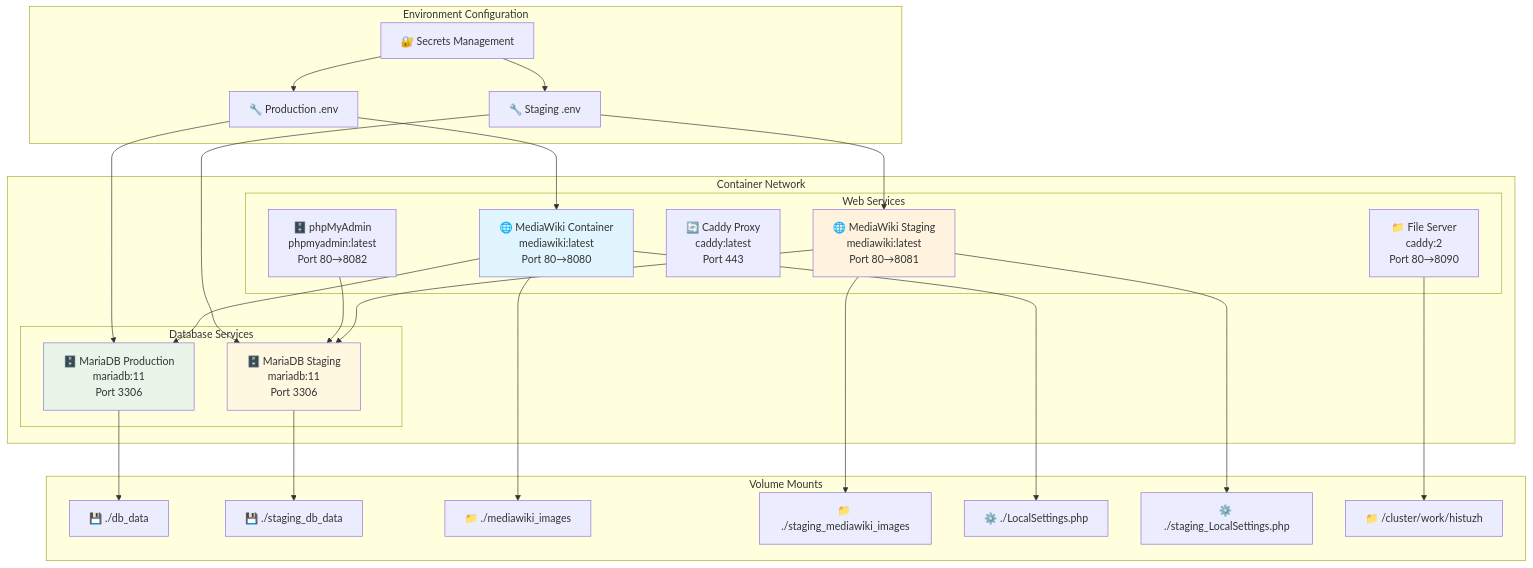
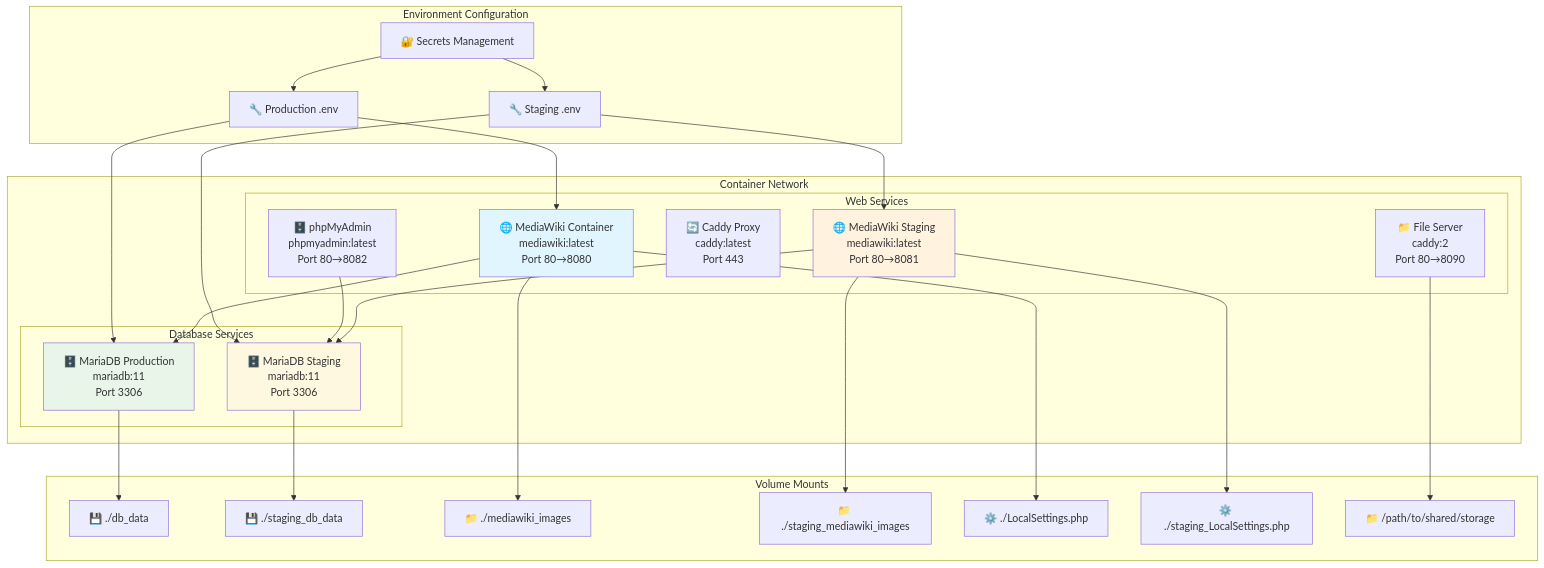
One commit to maehr/Sexueller-Missbrauch-im-Umfeld-der-katholischen-Kirche-in-der-Schweiz changed the eighth of 11 diagrams in src/DEPLOYMENT.qmd. Above: the diagram before and after it, drawn with Mermaid. The commit also changed other lines of this file and 10 other files, not shown here.

Commit message:
docs: Add a detailed development timeline and refactor the evolution document to reference dedicated configuration and deployment files.

````diff
--- a/src/DEPLOYMENT.qmd
+++ b/src/DEPLOYMENT.qmd
@@ -484,58 +484,58 @@
 ```{mermaid}
 graph TB
     subgraph "Container Network"
         subgraph "Web Services"
             MW[🌐 MediaWiki Container<br/>mediawiki:latest<br/>Port 80→8080]
             MWS[🌐 MediaWiki Staging<br/>mediawiki:latest<br/>Port 80→8081]
             Caddy[🔄 Caddy Proxy<br/>caddy:latest<br/>Port 443]
             PMA[🗄️ phpMyAdmin<br/>phpmyadmin:latest<br/>Port 80→8082]
             FS[📁 File Server<br/>caddy:2<br/>Port 80→8090]
         end
 
         subgraph "Database Services"
             DB[🗄️ MariaDB Production<br/>mariadb:11<br/>Port 3306]
             DBS[🗄️ MariaDB Staging<br/>mariadb:11<br/>Port 3306]
         end
     end
 
     subgraph "Volume Mounts"
         DBData[💾 ./db_data]
         DBDataStaging[💾 ./staging_db_data]
         Images[📁 ./mediawiki_images]
         ImagesStaging[📁 ./staging_mediawiki_images]
         LocalSettings[⚙️ ./LocalSettings.php]
         StagingSettings[⚙️ ./staging_LocalSettings.php]
-        ClusterWork[📁 /cluster/work/histuzh]
+        ClusterWork[📁 /path/to/shared/storage]
     end
 
     subgraph "Environment Configuration"
         EnvProd[🔧 Production .env]
         EnvStaging[🔧 Staging .env]
         Secrets[🔐 Secrets Management]
     end
 
     MW --> DB
     MWS --> DBS
     PMA --> DBS
 
     DB --> DBData
     DBS --> DBDataStaging
     MW --> Images
     MWS --> ImagesStaging
     MW --> LocalSettings
     MWS --> StagingSettings
     FS --> ClusterWork
 
     EnvProd --> MW
     EnvProd --> DB
     EnvStaging --> MWS
     EnvStaging --> DBS
 
     Secrets --> EnvProd
     Secrets --> EnvStaging
 
     style MW fill:#e1f5fe
     style MWS fill:#fff3e0
     style DB fill:#e8f5e8
     style DBS fill:#fff8e1
 ```
````
